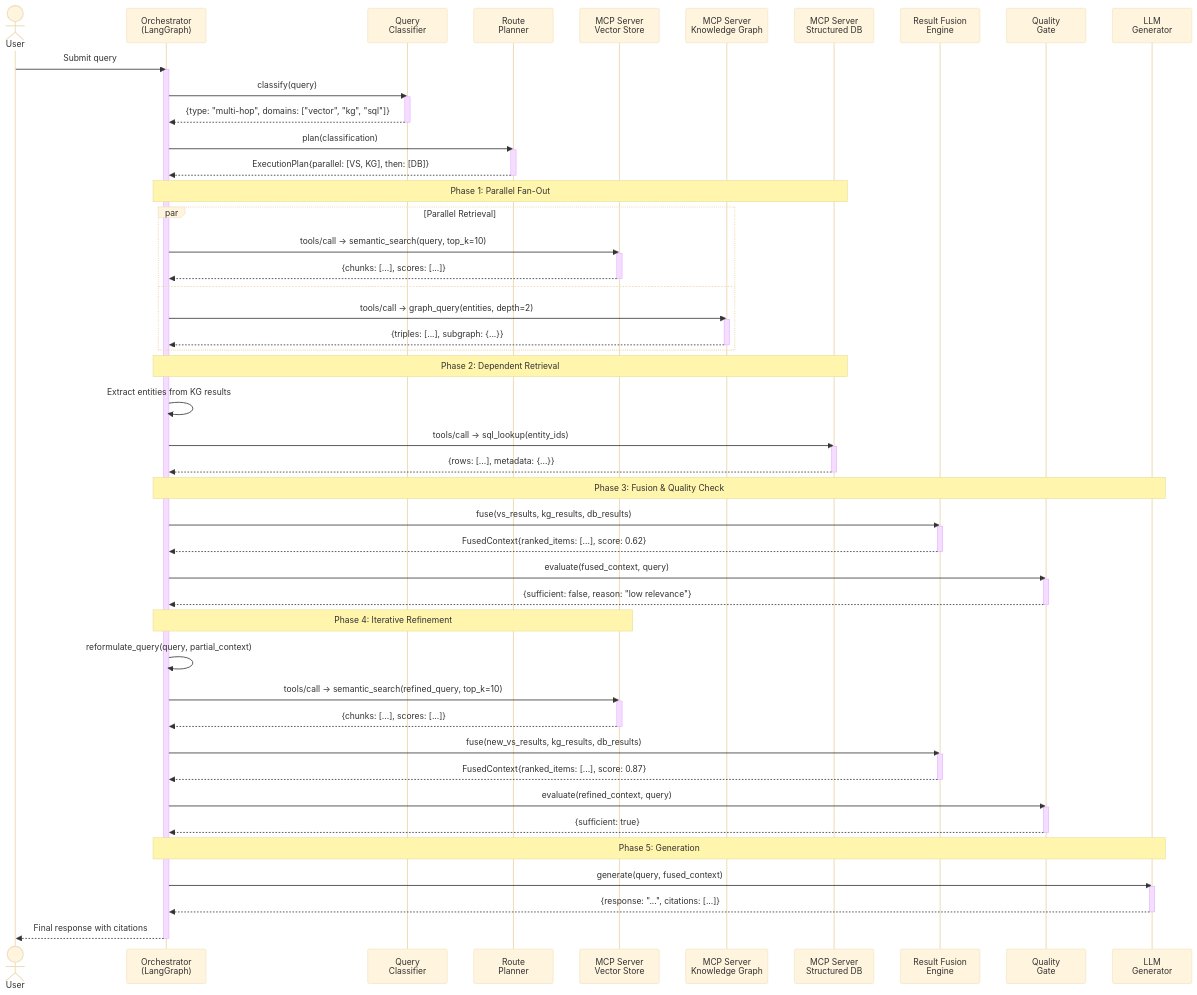
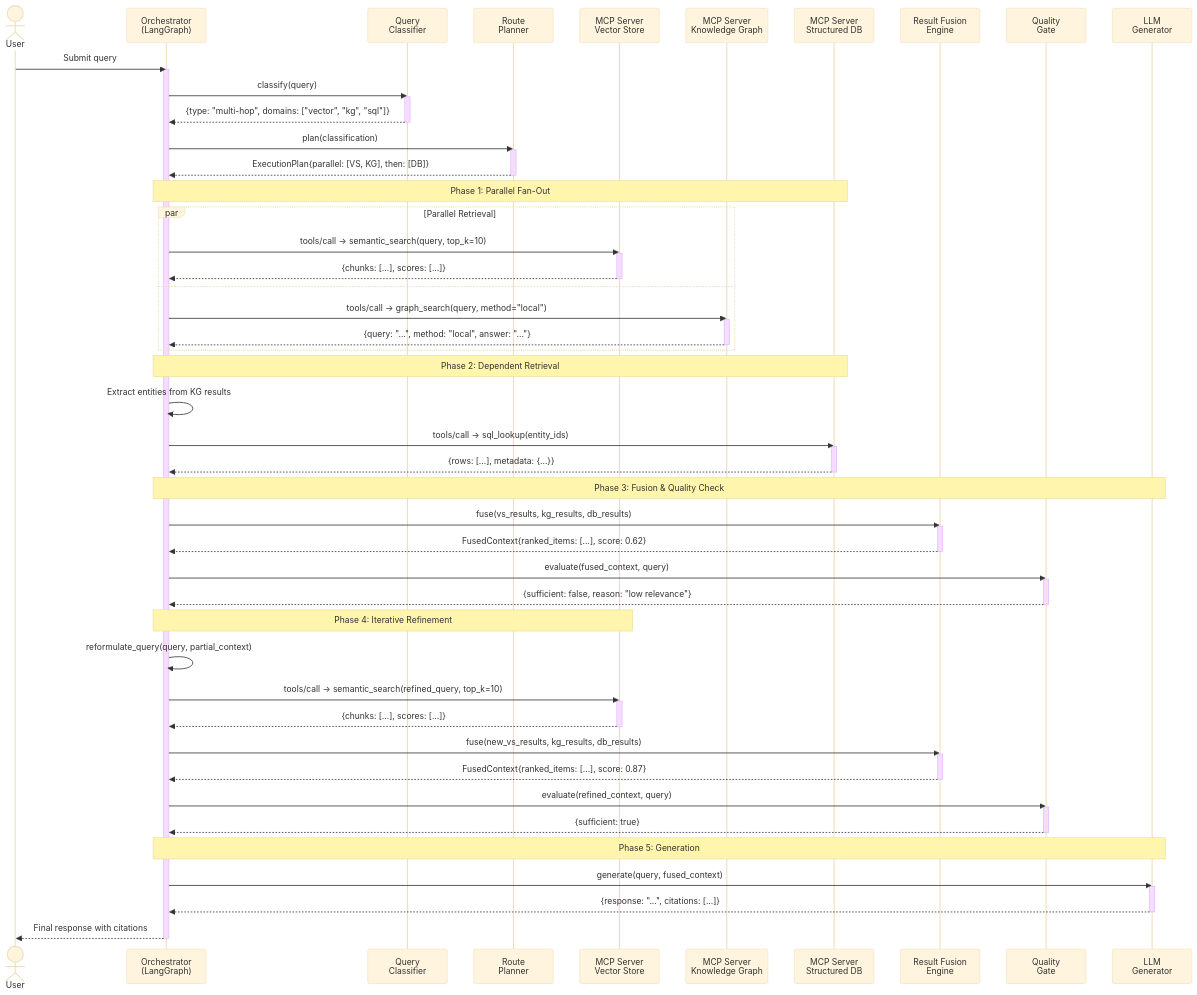
One commit to dimitarpg13/rag_architectures_and_concepts changed the second of 9 diagrams in src/examples/langgraph/mcp_rag/mcp-distributed-rag-architecture.md. Above: the diagram before and after it, drawn with Mermaid (base theme). The commit also changed other lines of this file and 4 other files, not shown here.

Commit message:
update graphrag server workflow

```diff
--- a/src/examples/langgraph/mcp_rag/mcp-distributed-rag-architecture.md
+++ b/src/examples/langgraph/mcp_rag/mcp-distributed-rag-architecture.md
@@ -148,9 +148,9 @@
         MCP_VS-->>Orch: {chunks: [...], scores: [...]}
         deactivate MCP_VS
     and
-        Orch->>MCP_KG: tools/call → graph_query(entities, depth=2)
+        Orch->>MCP_KG: tools/call → graph_search(query, method="local")
         activate MCP_KG
-        MCP_KG-->>Orch: {triples: [...], subgraph: {...}}
+        MCP_KG-->>Orch: {query: "...", method: "local", answer: "..."}
         deactivate MCP_KG
     end
 
```
